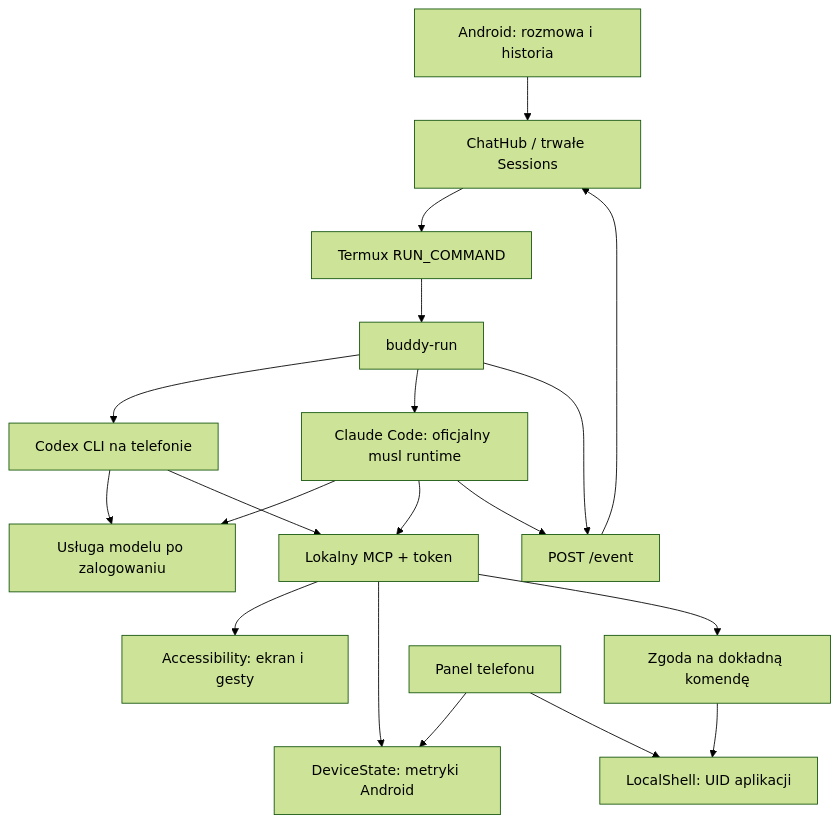
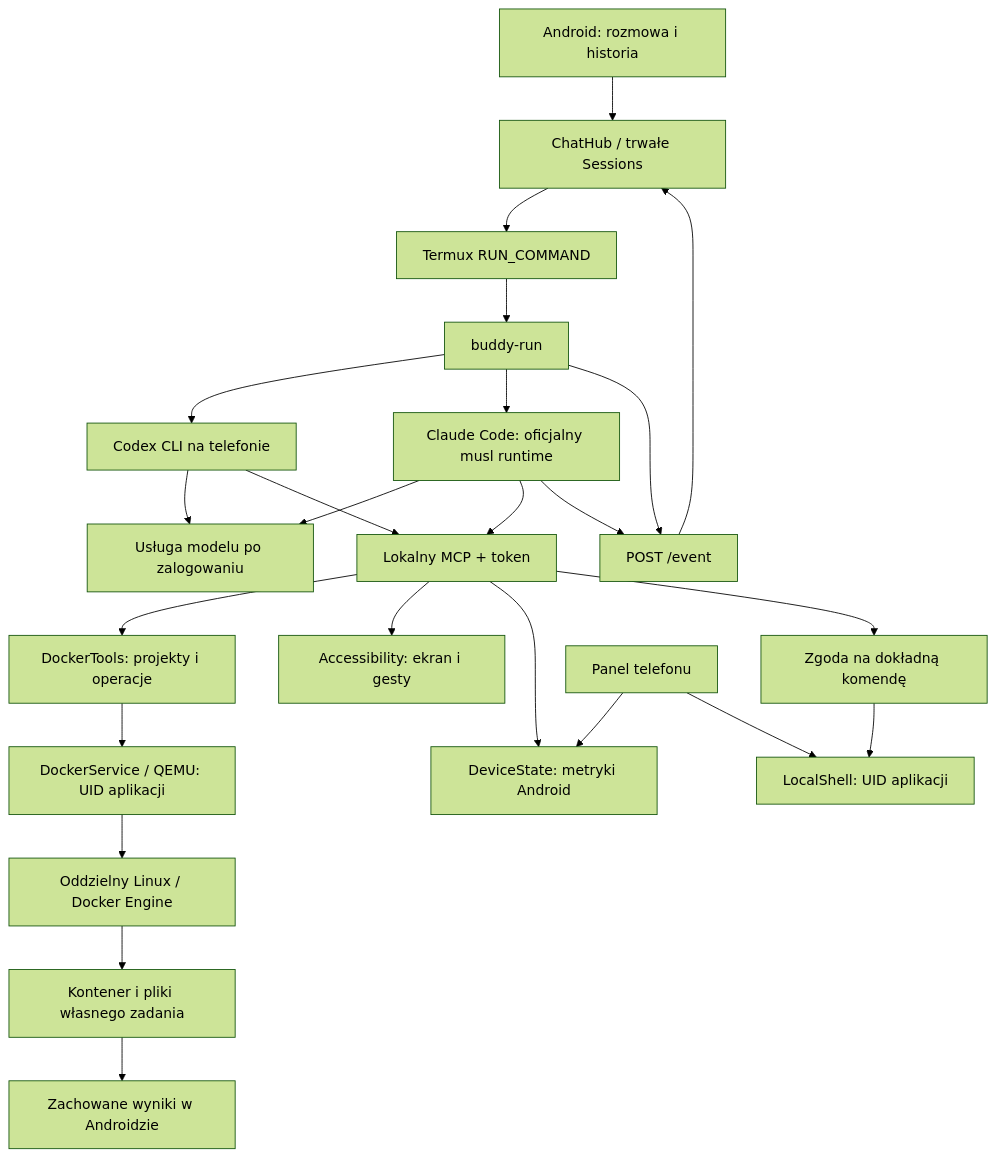
Before and after one commit to mateuszsury/androidagent: the diagram in docs/ARCHITECTURE.md, drawn with Mermaid (forest theme). The commit also changed other lines of this file and 173 other files, not shown here.

Commit message:
feat: embed Docker VM and shared Codex/Claude tools

````diff
--- a/docs/ARCHITECTURE.md
+++ b/docs/ARCHITECTURE.md
@@ -19,21 +19,26 @@
 ```mermaid
 flowchart TD
   UI[Android: rozmowa i historia] --> HUB[ChatHub / trwałe Sessions]
   HUB --> INTENT[Termux RUN_COMMAND]
   INTENT --> HELPER[buddy-run]
   HELPER --> CODEX[Codex CLI na telefonie]
   HELPER --> CLAUDE[Claude Code: oficjalny musl runtime]
   CLAUDE --> MODEL
   CLAUDE --> MCP
   CLAUDE --> EVENTS
   CODEX --> MODEL[Usługa modelu po zalogowaniu]
   CODEX --> MCP[Lokalny MCP + token]
+  MCP --> DOCKER[DockerTools: projekty i operacje]
+  DOCKER --> VM[DockerService / QEMU: UID aplikacji]
+  VM --> LINUX[Oddzielny Linux / Docker Engine]
+  LINUX --> CONTAINERS[Kontener i pliki własnego zadania]
+  CONTAINERS --> EXPORT[Zachowane wyniki w Androidzie]
   MCP --> ACCESS[Accessibility: ekran i gesty]
   MCP --> STATE[DeviceState: metryki Android]
   MCP --> APPROVAL[Zgoda na dokładną komendę]
   APPROVAL --> SHELL[LocalShell: UID aplikacji]
   HELPER --> EVENTS[POST /event]
   EVENTS --> HUB
   PANEL[Panel telefonu] --> STATE
   PANEL --> SHELL
 ```
````
